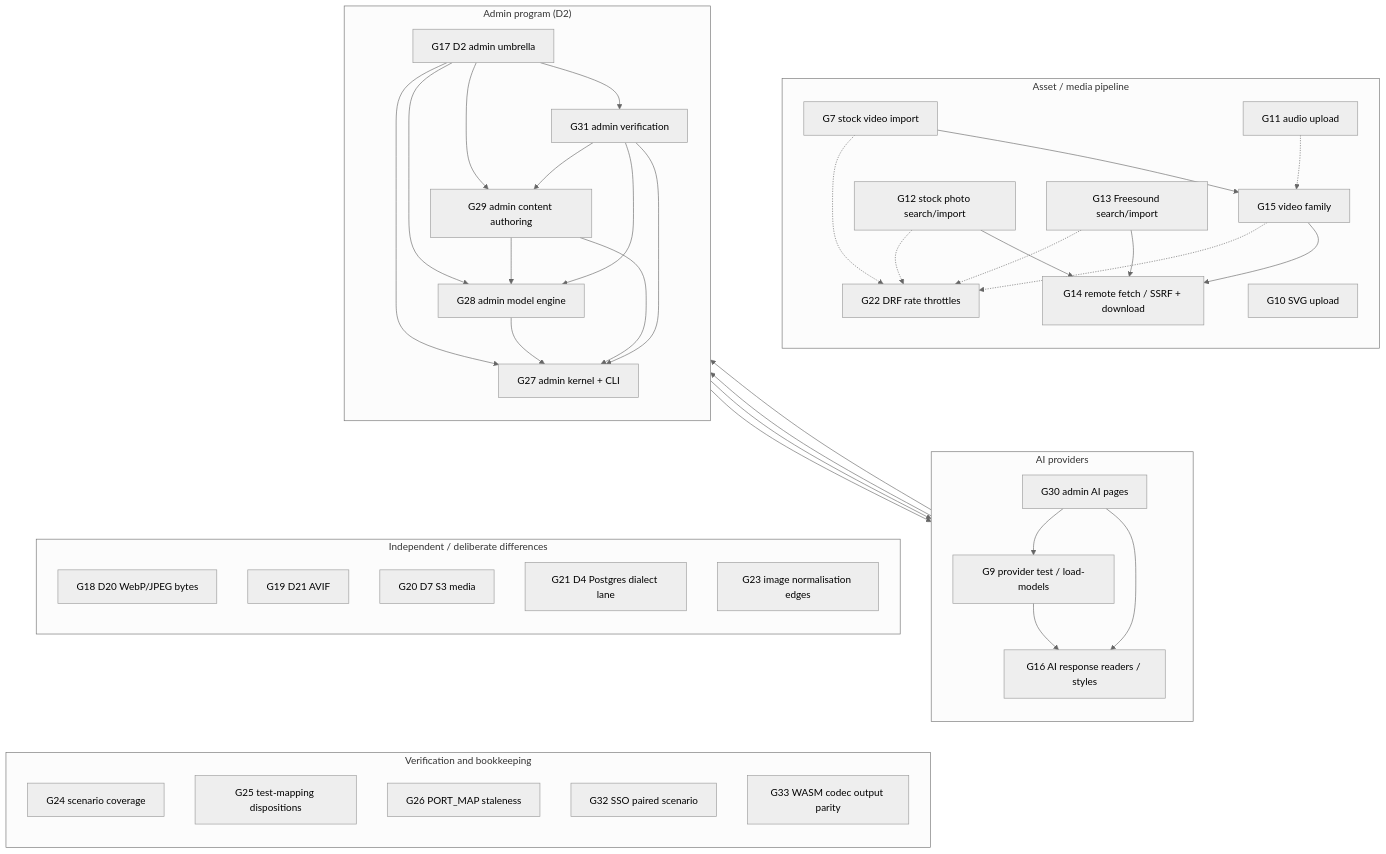
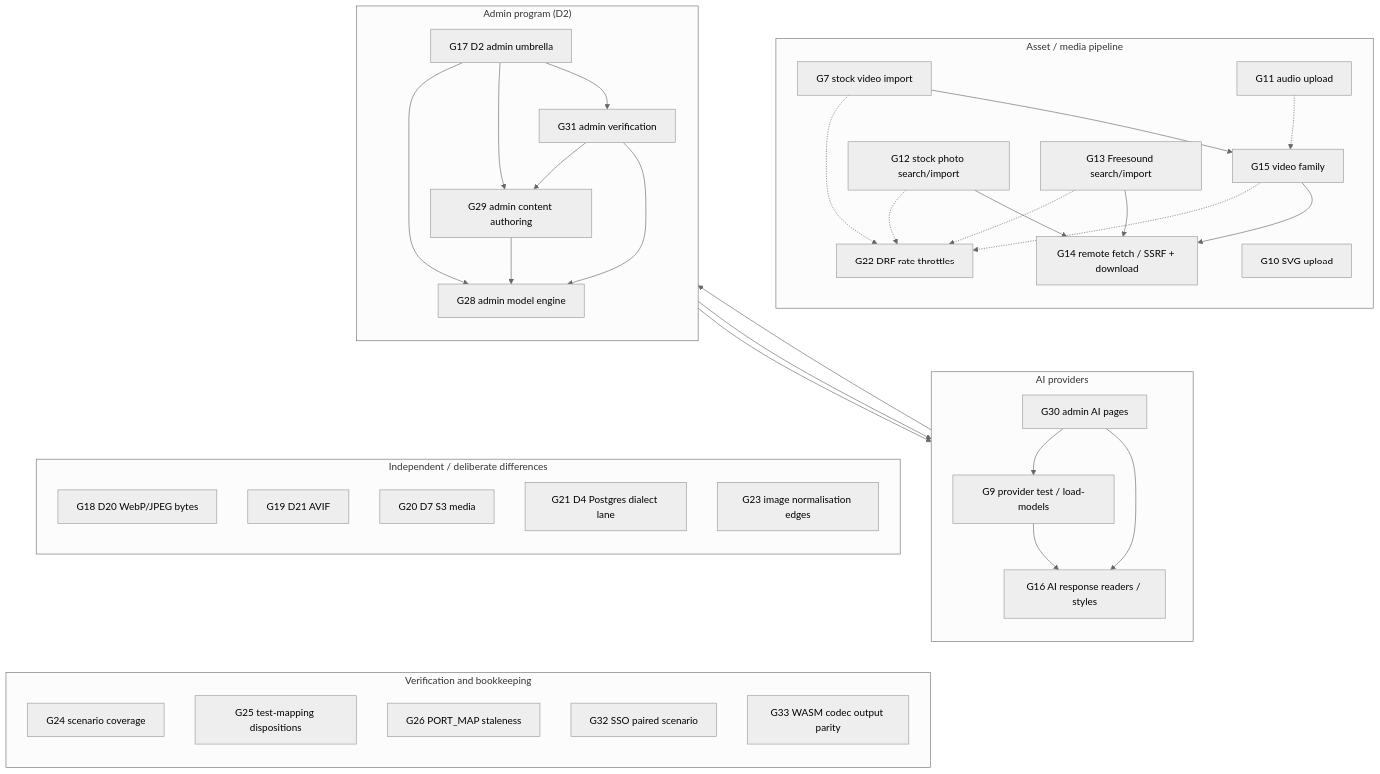
One commit to liyu1981/doory-go changed the diagram in docs/parity/GAPS.md. Above: the diagram before and after it, drawn with Mermaid (neutral theme). The commit also changed other lines of this file and 2 other files, not shown here.

First line of the commit message:
Close G27 admin kernel and CLI

````diff
--- a/docs/parity/GAPS.md
+++ b/docs/parity/GAPS.md
@@ -71,22 +71,16 @@
   subgraph Admin["Admin program (D2)"]
     direction TB
     G17["G17 D2 admin umbrella"]
-    G27["G27 admin kernel + CLI"]
     G28["G28 admin model engine"]
     G29["G29 admin content authoring"]
     G31["G31 admin verification"]
 
-    G17 --> G27
     G17 --> G28
     G17 --> G29
     G17 --> G30
     G17 --> G31
-    G28 --> G27
-    G29 --> G27
     G29 --> G28
-    G30 --> G27
     G30 --> G28
-    G31 --> G27
     G31 --> G28
     G31 --> G29
     G31 --> G30
@@ -114,7 +108,7 @@
 
   %% Layout-only links: keep the clusters stacked vertically (they are invisible).
   G11 ~~~ G16
-  G16 ~~~ G27
-  G27 ~~~ G18
+  G16 ~~~ G28
+  G28 ~~~ G18
   G18 ~~~ G24
 ```
````
